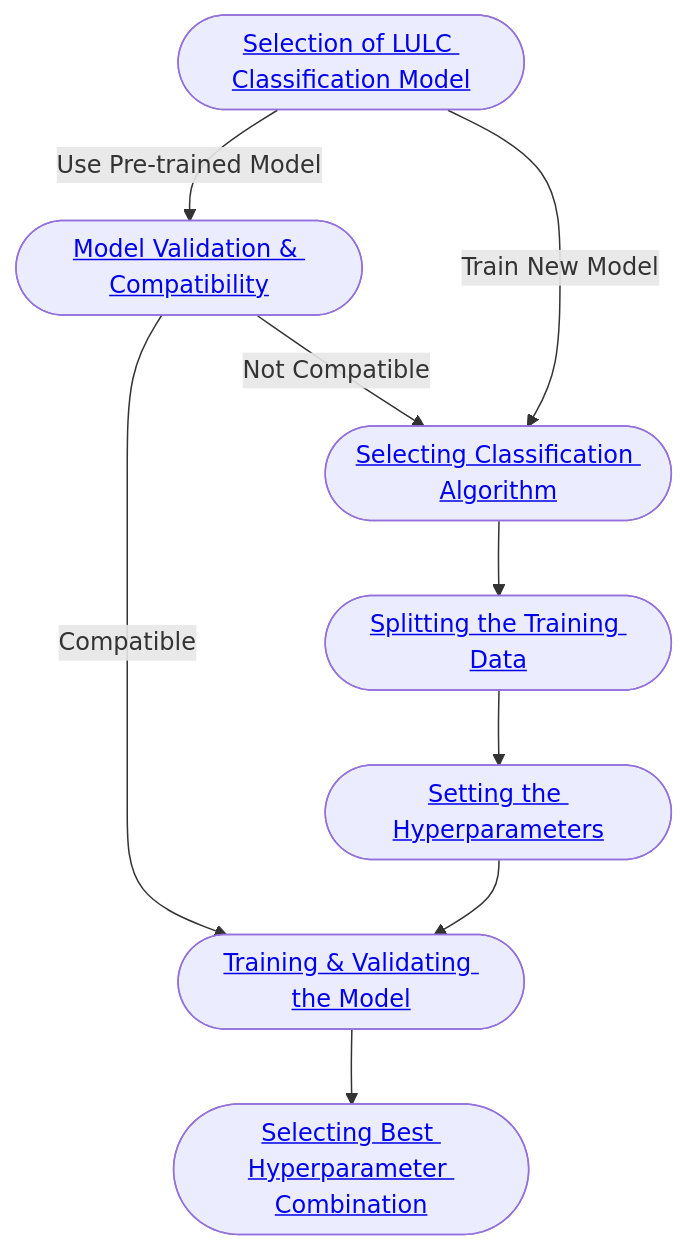
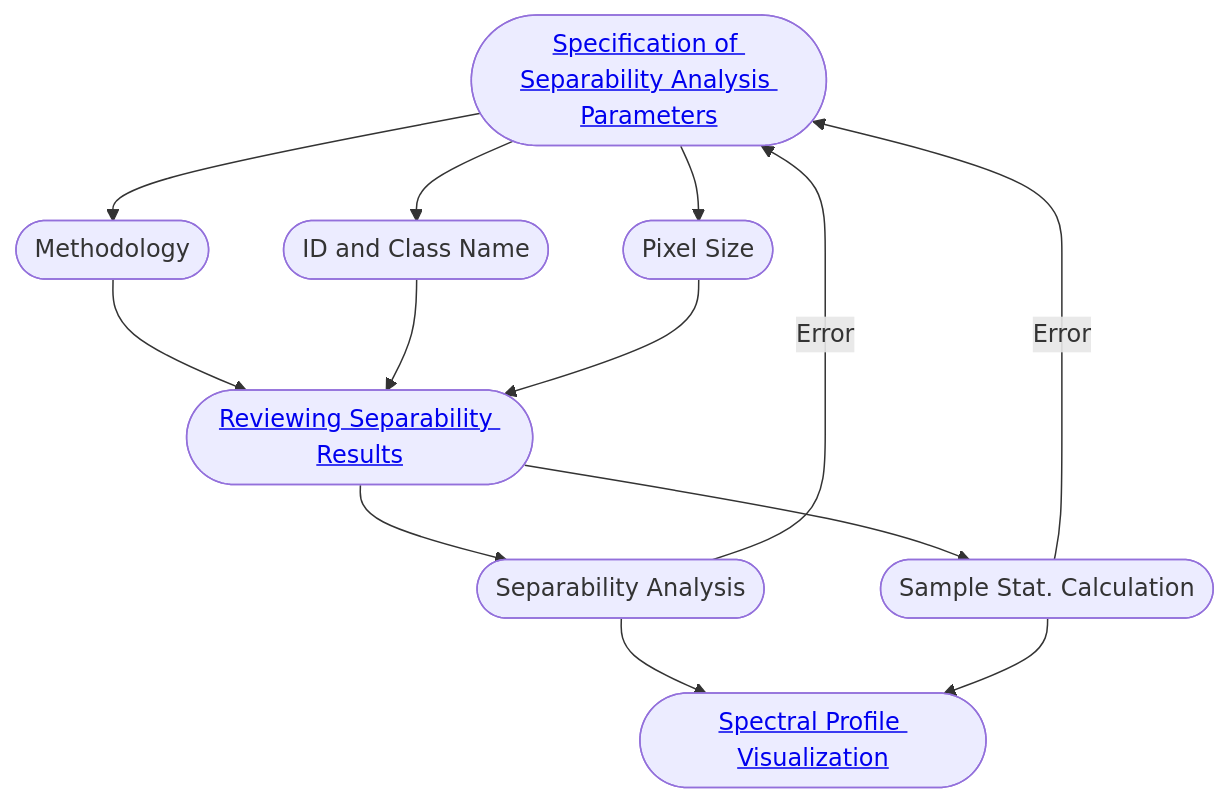
One commit to epistem-io/epistemx-technical-documentation changed the diagram in module04.qmd. Above: the diagram before and after it, drawn with Mermaid. The commit also changed other lines of this file and 2 other files, not shown here.

Commit message:
Module 4: rewrite the whole module content. Module 3: There is an error in the mermaid. i just wrote {mermaid} in the first line to fix it.

````diff
--- a/module04.qmd
+++ b/module04.qmd
@@ -30,30 +28,33 @@
 ```{mermaid}
 flowchart TD
 
 %% Main entry
-A([<a href="#sec-selection-of-lulc-classification-model">Selection of LULC Classification Model</a>])
-
-%% Using Existing Model
-B([<a href="#sec-model-validation-and-compability">Model Validation & Compatibility</a>])
-
-%% Create New Model
-C([<a href="#sec-selecting-classification-algorithm-to-train-a-new-model">Selecting Classification Algorithm</a>])
-
-%% Hyperparameter Tuning subsections
-D([<a href="#sec-splitting-the-training-data">Splitting the Training Data</a>])
-E([<a href="#sec-setting-the-hyperparameters">Setting the Hyperparameters</a>])
-F([<a href="#sec-training-and-validating-the-model">Training & Validating the Model</a>])
-G([<a href="#sec-selecting-best-hyperparameter-combination">Selecting Best Hyperparameter Combination</a>])
+A([<a href="#sec-specification-of-separability-analysis-parameters">Specification of Separability Analysis Parameters</a>])
+B([Methodology])
+C([ID and Class Name])
+D([Pixel Size])
+E([<a href="#sec-reviewing-separability-results">Reviewing Separability Results</a>])
+F([Separability Analysis])
+G([Sample Stat. Calculation])
+H([<a href="#sec-spectral-profile-visualization">Spectral Profile Visualization</a>])
 
 %% Flow connections
-A -->|Use Pre-trained Model| B
-A -->|Train New Model| C
+A --> B
+A --> C
+A --> D
 
-B -->|Compatible| F
-B -->|Not Compatible| C
+B --> E
+C --> E
+D --> E
 
-C --> D
-D --> E
 E --> F
-F --> G
+E --> G
+
+F --> H
+G --> H
+
+F -->|Error|A
+G -->|Error|A
+
+
 ```
````
